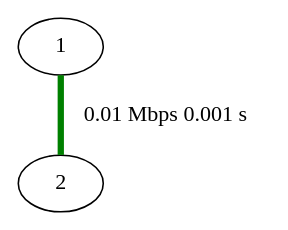
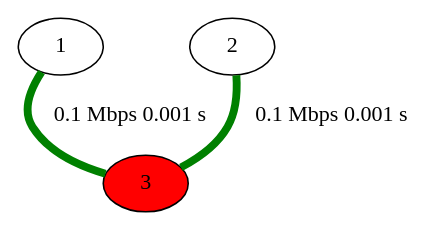
Before and after one commit to nonononoka/ntSimulator: the diagram in network.gv, drawn with Graphviz. The commit also changed 8 other files, not shown here.

```diff
--- a/network.gv
+++ b/network.gv
@@ -1,14 +1,22 @@
 strict graph {
 
 
 	"1" [  weight=0 ];
 
-	"1" -- "2" [ color="green", label="0.01 Mbps 0.001 s
-", penwidth="4.00",  weight=0 ];
+	"1" -- "3" [ color="green", label="0.1 Mbps 0.001 s
+", penwidth="5.00",  weight=0 ];
 
 	"2" [  weight=0 ];
 
-	"2" -- "1" [ color="green", label="0.01 Mbps 0.001 s
-", penwidth="4.00",  weight=0 ];
+	"2" -- "3" [ color="green", label="0.1 Mbps 0.001 s
+", penwidth="5.00",  weight=0 ];
+
+	"3" [ fillcolor="red", style="filled",  weight=0 ];
+
+	"3" -- "2" [ color="green", label="0.1 Mbps 0.001 s
+", penwidth="5.00",  weight=0 ];
+
+	"3" -- "1" [ color="green", label="0.1 Mbps 0.001 s
+", penwidth="5.00",  weight=0 ];
 
 }
```
